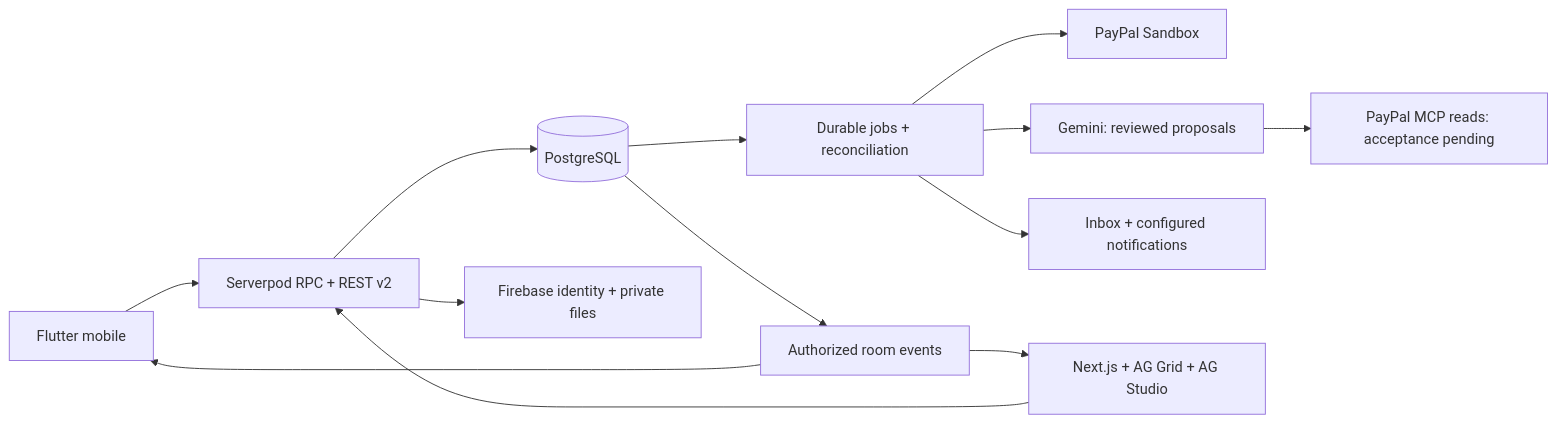
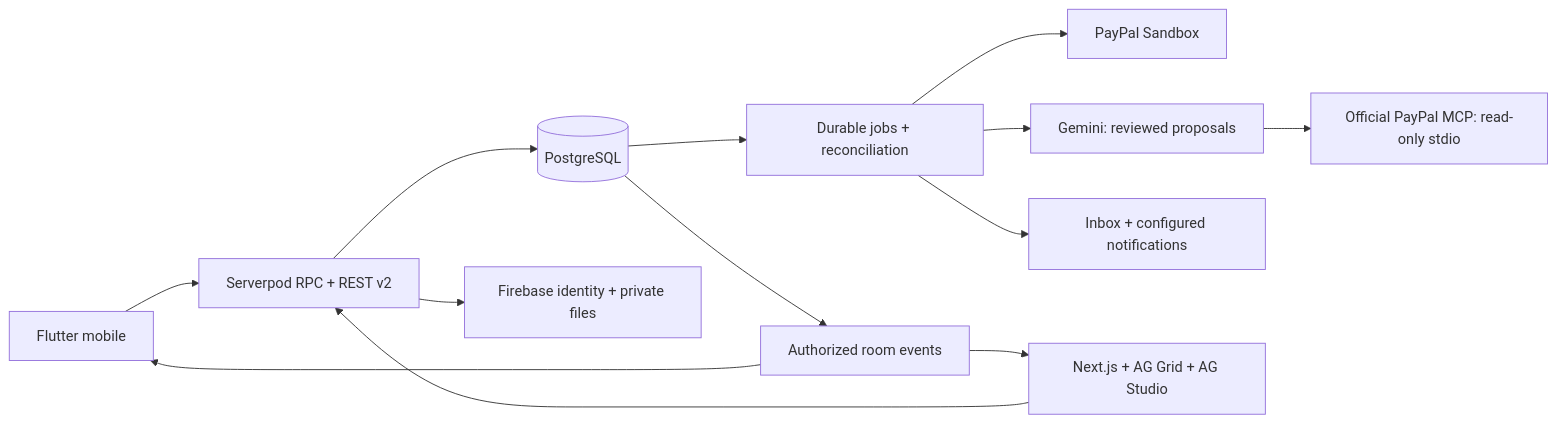
One commit to FouadABT/raysto changed the diagram in README.md. Above: the diagram before and after it, drawn with Mermaid. The commit also changed other lines of this file and 19 other files, not shown here.

Commit message:
Run official PayPal MCP as an isolated Sandbox reader

````diff
--- a/README.md
+++ b/README.md
@@ -52,15 +52,15 @@
 ```mermaid
 flowchart LR
     Mobile[Flutter mobile] --> API[Serverpod RPC + REST v2]
     API --> SQL[(PostgreSQL)]
     API --> Firebase[Firebase identity + private files]
     SQL --> Jobs[Durable jobs + reconciliation]
     Jobs --> PayPal[PayPal Sandbox]
     Jobs --> AI[Gemini: reviewed proposals]
     Jobs --> Notices[Inbox + configured notifications]
     Web[Next.js + AG Grid + AG Studio] --> API
-    AI --> MCP[PayPal MCP reads: acceptance pending]
+    AI --> MCP[Official PayPal MCP: read-only stdio]
     SQL --> Events[Authorized room events]
     Events --> Mobile
     Events --> Web
 ```
````
